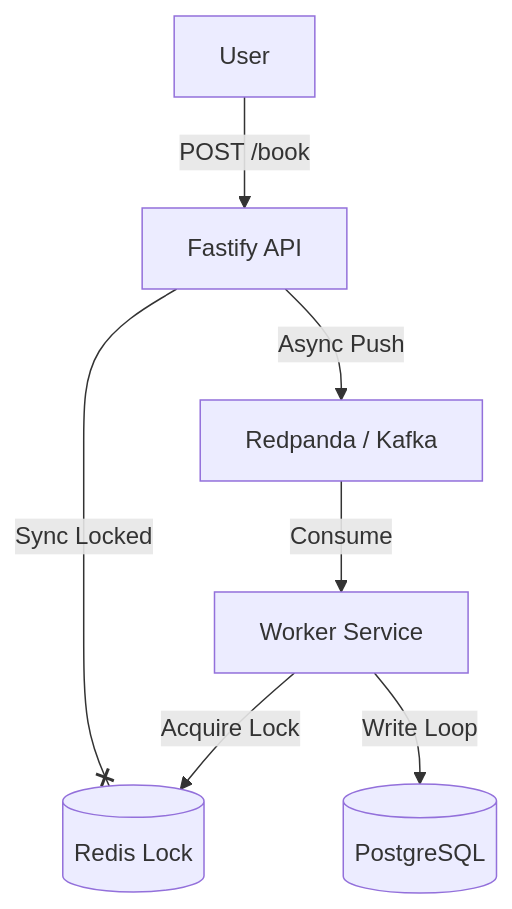
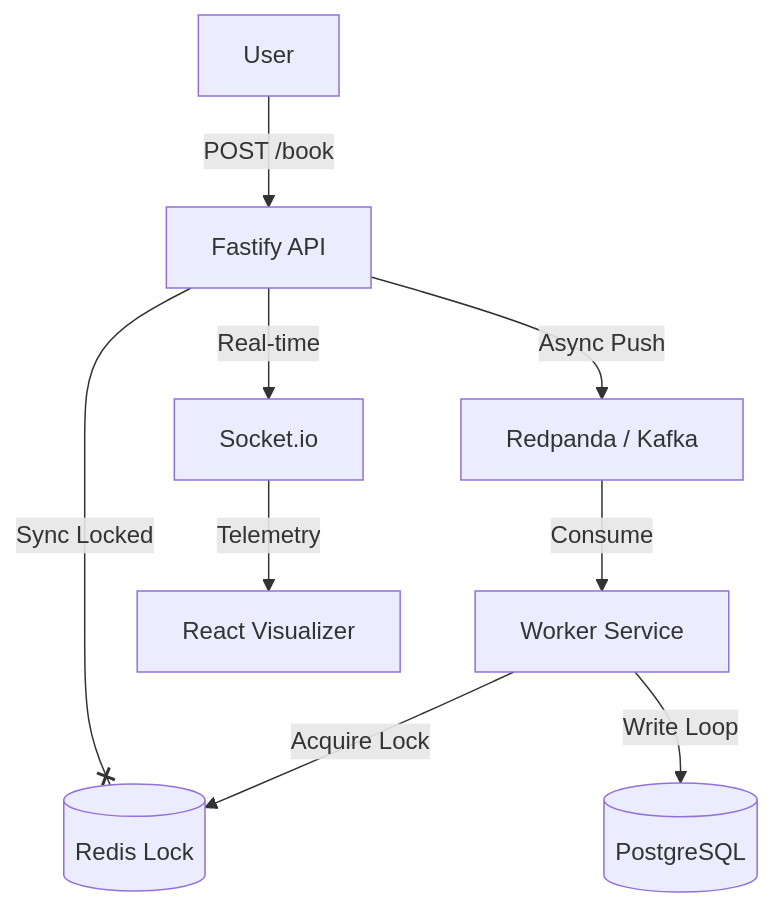
One commit to AB0204/Ticket-Blitz changed the diagram in README.md. Above: the diagram before and after it, drawn with Mermaid. The commit also changed other lines of this file and 8 other files, not shown here.

````diff
--- a/README.md
+++ b/README.md
@@ -17,10 +18,13 @@
 ```mermaid
 graph TD
     User[User] -->|POST /book| API[Fastify API]
     API -->|Async Push| Kafka[Redpanda / Kafka]
     API --x|Sync Locked| Redis[(Redis Lock)]
     
     Kafka -->|Consume| Worker[Worker Service]
     Worker -->|Acquire Lock| Redis
     Worker -->|Write Loop| DB[(PostgreSQL)]
+    
+    API -->|Real-time| Socket[Socket.io]
+    Socket -->|Telemetry| UI[React Visualizer]
 ```
````
